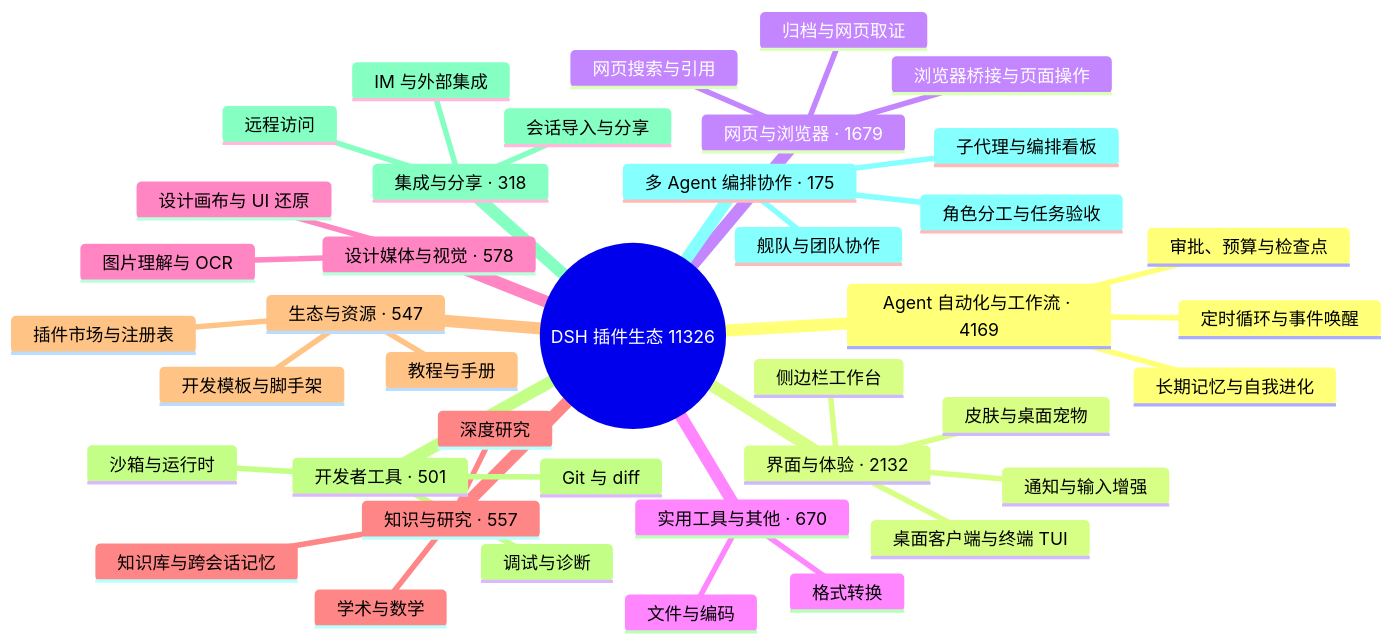
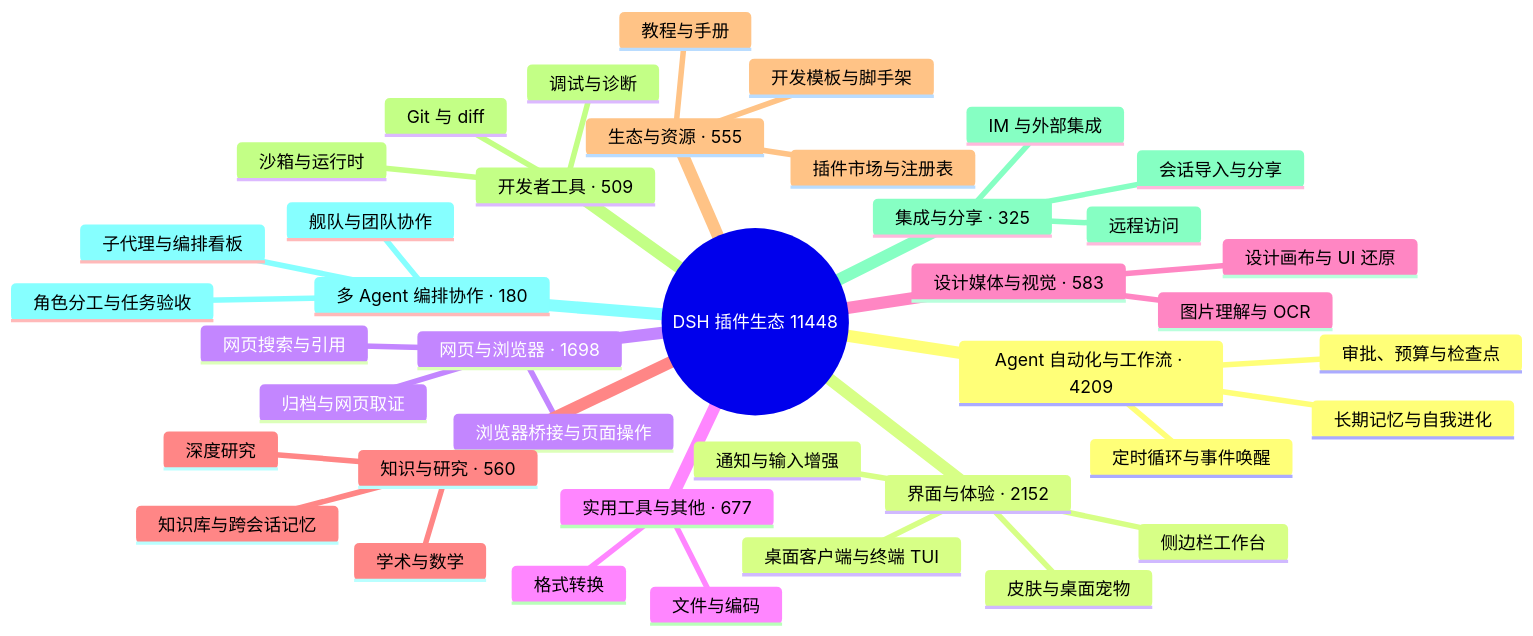
One commit to the-beating-light-of-the-nail/dsh-meme-hub-site changed the diagram in public/readmes/bruc3van-awesome-dsh-plugin.md. Above: the diagram before and after it, drawn with Mermaid. The commit also changed other lines of this file and 279 other files, not shown here.

````diff
--- a/public/readmes/bruc3van-awesome-dsh-plugin.md
+++ b/public/readmes/bruc3van-awesome-dsh-plugin.md
@@ -33,43 +33,43 @@
 ```mermaid
 mindmap
-  root((DSH 插件生态 11326))
-    Agent 自动化与工作流 · 4169
+  root((DSH 插件生态 11448))
+    Agent 自动化与工作流 · 4209
       定时循环与事件唤醒
       长期记忆与自我进化
       审批、预算与检查点
-    界面与体验 · 2132
+    界面与体验 · 2152
       桌面客户端与终端 TUI
       侧边栏工作台
       皮肤与桌面宠物
       通知与输入增强
-    网页与浏览器 · 1679
+    网页与浏览器 · 1698
       浏览器桥接与页面操作
       网页搜索与引用
       归档与网页取证
-    实用工具与其他 · 670
+    实用工具与其他 · 677
       文件与编码
       格式转换
-    设计媒体与视觉 · 578
+    设计媒体与视觉 · 583
       图片理解与 OCR
       设计画布与 UI 还原
-    知识与研究 · 557
+    知识与研究 · 560
       知识库与跨会话记忆
       深度研究
       学术与数学
-    生态与资源 · 547
+    生态与资源 · 555
       插件市场与注册表
       开发模板与脚手架
       教程与手册
-    开发者工具 · 501
+    开发者工具 · 509
       Git 与 diff
       沙箱与运行时
       调试与诊断
-    集成与分享 · 318
+    集成与分享 · 325
       会话导入与分享
       远程访问
       IM 与外部集成
-    多 Agent 编排协作 · 175
+    多 Agent 编排协作 · 180
       子代理与编排看板
       舰队与团队协作
       角色分工与任务验收
 ```
````
